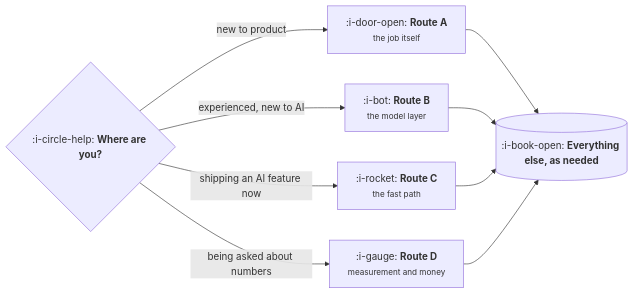
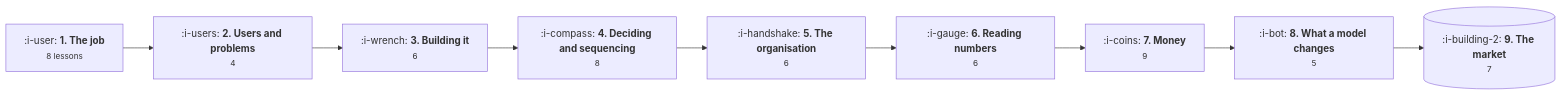
The diagram in product-management/ROADMAP.md (kartikb2k02/learningmaterial), drawn with Mermaid before and after one commit. The commit also changed other lines of this file and 1 other file, not shown here.

First line of the commit message:
Rewrite the roadmap as one path over written lessons only

````diff
--- a/product-management/ROADMAP.md
+++ b/product-management/ROADMAP.md
@@ -14,16 +18,17 @@
 ```mermaid
 flowchart LR
-  Q{":i-circle-help: <b>Where are you?</b>"} -->|"new to product"| A[":i-door-open: <b>Route A</b><br/><small>the job itself</small>"]
-  Q -->|"experienced, new to AI"| B[":i-bot: <b>Route B</b><br/><small>the model layer</small>"]
-  Q -->|"shipping an AI feature now"| C[":i-rocket: <b>Route C</b><br/><small>the fast path</small>"]
-  Q -->|"being asked about numbers"| D[":i-gauge: <b>Route D</b><br/><small>measurement and money</small>"]
-  A --> ALL[(":i-book-open: <b>Everything else, as needed</b>")]
-  B --> ALL
-  C --> ALL
-  D --> ALL
-  class Q queue
-  class A,B compute
-  class C io
-  class D neutral
-  class ALL memory
+  A[":i-user: <b>1. The job</b><br/><small>8 lessons</small>"] --> B[":i-users: <b>2. Users and problems</b><br/><small>4</small>"]
+  B --> C[":i-wrench: <b>3. Building it</b><br/><small>6</small>"]
+  C --> D[":i-compass: <b>4. Deciding and sequencing</b><br/><small>8</small>"]
+  D --> E[":i-handshake: <b>5. The organisation</b><br/><small>6</small>"]
+  E --> F[":i-gauge: <b>6. Reading numbers</b><br/><small>6</small>"]
+  F --> G[":i-coins: <b>7. Money</b><br/><small>9</small>"]
+  G --> H[":i-bot: <b>8. What a model changes</b><br/><small>5</small>"]
+  H --> I[(":i-building-2: <b>9. The market</b><br/><small>7</small>")]
+  class A,B neutral
+  class C,E compute
+  class D queue
+  class F,G io
+  class H compute
+  class I memory
 ```
````
